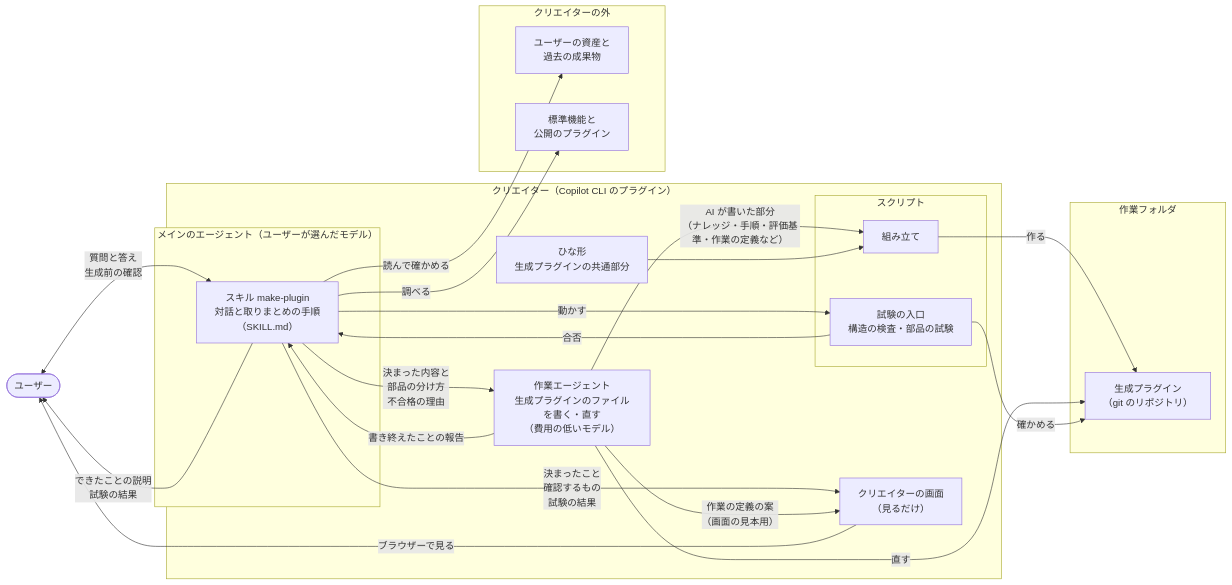
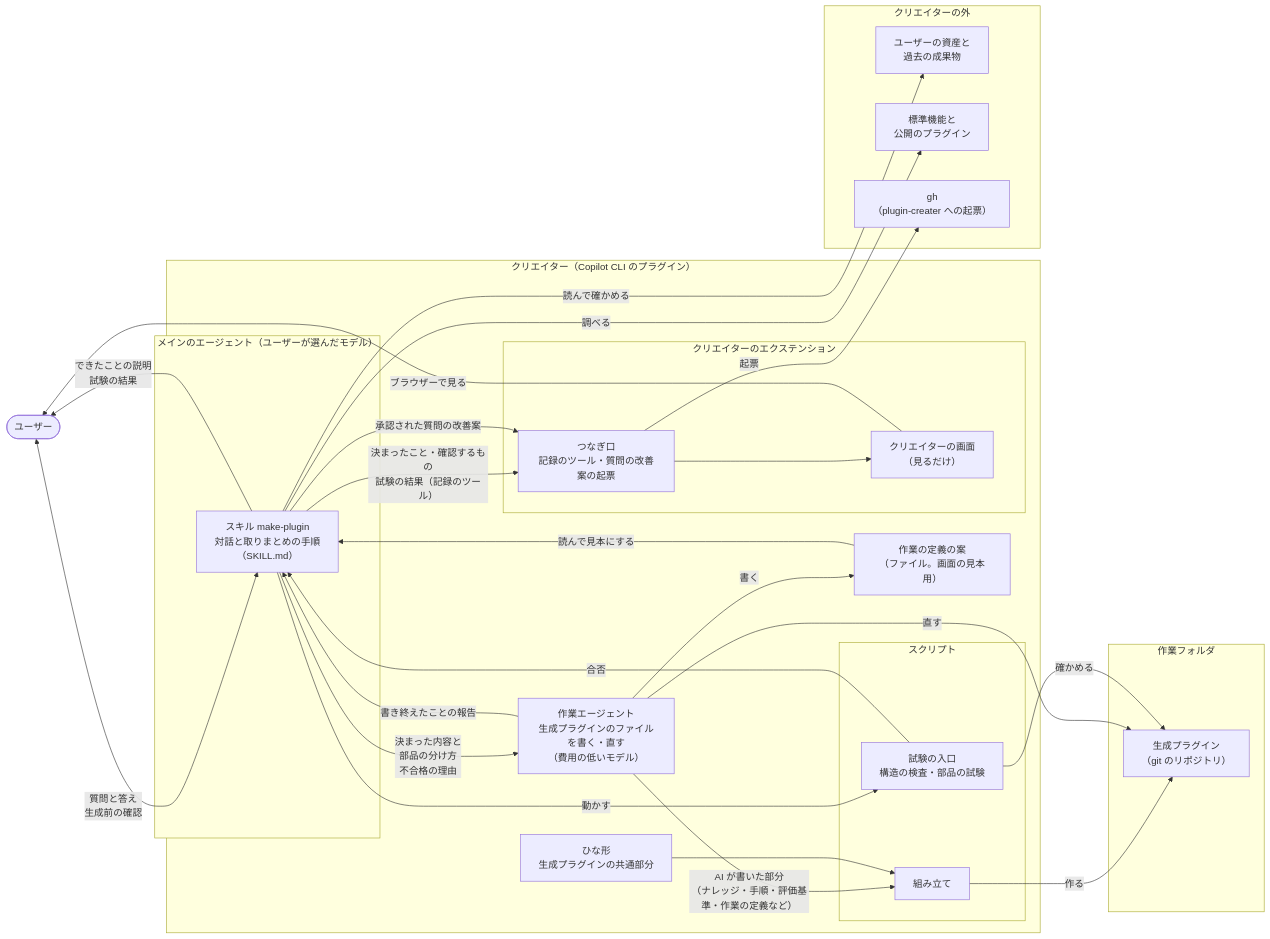
The first of 2 diagrams in docs/design/creator-structure.md (imaeda-hub/plugin-creater), drawn with Mermaid before and after one commit. The commit also changed other lines of this file and 2 other files, not shown here.

````diff
--- a/docs/design/creator-structure.md
+++ b/docs/design/creator-structure.md
@@ -9,43 +9,52 @@
 ```mermaid
 flowchart LR
   user(["ユーザー"])
 
   subgraph creator["クリエイター（Copilot CLI のプラグイン）"]
     subgraph main["メインのエージェント（ユーザーが選んだモデル）"]
       skill["スキル make-plugin<br/>対話と取りまとめの手順<br/>（SKILL.md）"]
     end
     worker["作業エージェント<br/>生成プラグインのファイルを書く・直す<br/>（費用の低いモデル）"]
     subgraph scripts["スクリプト"]
       scaffold["組み立て"]
       entry["試験の入口<br/>構造の検査・部品の試験"]
     end
     template["ひな形<br/>生成プラグインの共通部分"]
-    screen["クリエイターの画面<br/>（見るだけ）"]
+    defdraft["作業の定義の案<br/>（ファイル。画面の見本用）"]
+    subgraph ext["クリエイターのエクステンション"]
+      tools["つなぎ口<br/>記録のツール・質問の改善案の起票"]
+      screen["クリエイターの画面<br/>（見るだけ）"]
+    end
   end
 
   subgraph outside["クリエイターの外"]
     files["ユーザーの資産と<br/>過去の成果物"]
     oss["標準機能と<br/>公開のプラグイン"]
+    gh["gh<br/>（plugin-creater への起票）"]
   end
 
   subgraph out["作業フォルダ"]
     gen["生成プラグイン<br/>（git のリポジトリ）"]
   end
 
   user <-->|"質問と答え<br/>生成前の確認"| skill
   skill -->|"読んで確かめる"| files
   skill -->|"調べる"| oss
-  skill -->|"決まったこと<br/>確認するもの<br/>試験の結果"| screen
+  skill -->|"決まったこと・確認するもの<br/>試験の結果（記録のツール）"| tools
+  tools --> screen
+  skill -->|"承認された質問の改善案"| tools
+  tools -->|"起票"| gh
   screen -->|"ブラウザーで見る"| user
   skill -->|"決まった内容と<br/>部品の分け方<br/>不合格の理由"| worker
   worker -->|"書き終えたことの報告"| skill
   worker -->|"AI が書いた部分<br/>（ナレッジ・手順・評価基準・作業の定義など）"| scaffold
-  worker -->|"作業の定義の案<br/>（画面の見本用）"| screen
+  worker -->|"書く"| defdraft
+  defdraft -->|"読んで見本にする"| skill
   template --> scaffold
   scaffold -->|"作る"| gen
   worker -->|"直す"| gen
   skill -->|"動かす"| entry
   entry -->|"確かめる"| gen
   entry -->|"合否"| skill
   skill -->|"できたことの説明<br/>試験の結果"| user
 ```
````
